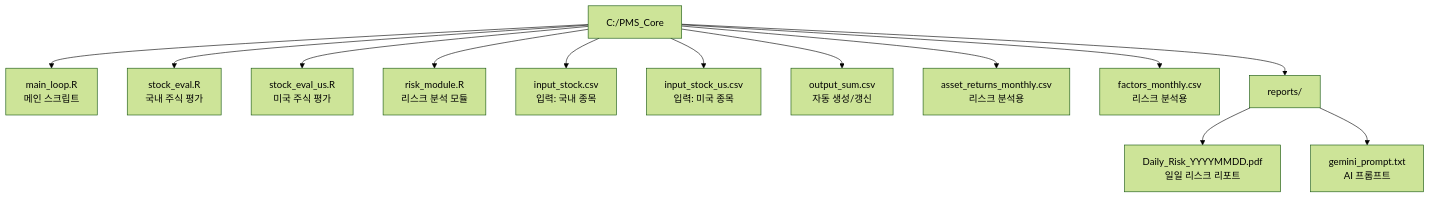
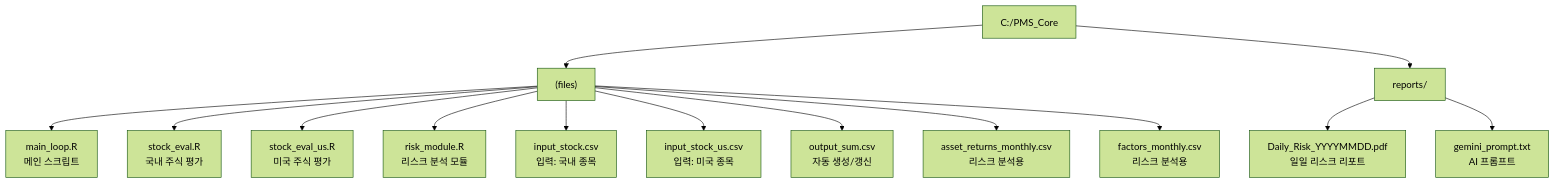
The third of 3 diagrams in book/Part2.md (shbang-cmd/PMS_Core), drawn with Mermaid (forest theme) before and after one commit. The commit also changed other lines of this file, not shown here.

Commit message:
Remove flowchart and portfolio analysis text
Removed a mermaid flowchart and some explanatory text regarding portfolio performance and Sharpe ratio.

````diff
--- a/book/Part2.md
+++ b/book/Part2.md
@@ -922,18 +896,21 @@
 ```mermaid
 flowchart TB
-  ROOT["C:/PMS_Core"] --> M["main_loop.R<br/>메인 스크립트"]
-  ROOT --> S1["stock_eval.R<br/>국내 주식 평가"]
-  ROOT --> S2["stock_eval_us.R<br/>미국 주식 평가"]
-  ROOT --> R1["risk_module.R<br/>리스크 분석 모듈"]
+  ROOT["C:/PMS_Core"] --> FILES["(files)"]
+  ROOT --> REPORTS["reports/"]
 
-  ROOT --> I1["input_stock.csv<br/>입력: 국내 종목"]
-  ROOT --> I2["input_stock_us.csv<br/>입력: 미국 종목"]
+  FILES --> F1["main_loop.R<br/>메인 스크립트"]
+  FILES --> F2["stock_eval.R<br/>국내 주식 평가"]
+  FILES --> F3["stock_eval_us.R<br/>미국 주식 평가"]
+  FILES --> F4["risk_module.R<br/>리스크 분석 모듈"]
 
-  ROOT --> O1["output_sum.csv<br/>자동 생성/갱신"]
-  ROOT --> O2["asset_returns_monthly.csv<br/>리스크 분석용"]
-  ROOT --> O3["factors_monthly.csv<br/>리스크 분석용"]
+  FILES --> F5["input_stock.csv<br/>입력: 국내 종목"]
+  FILES --> F6["input_stock_us.csv<br/>입력: 미국 종목"]
 
-  ROOT --> REP["reports/"]
-  REP --> P1["Daily_Risk_YYYYMMDD.pdf<br/>일일 리스크 리포트"]
-  REP --> P2["gemini_prompt.txt<br/>AI 프롬프트"]
+  FILES --> F7["output_sum.csv<br/>자동 생성/갱신"]
+  FILES --> F8["asset_returns_monthly.csv<br/>리스크 분석용"]
+  FILES --> F9["factors_monthly.csv<br/>리스크 분석용"]
+
+  REPORTS --> R1["Daily_Risk_YYYYMMDD.pdf<br/>일일 리스크 리포트"]
+  REPORTS --> R2["gemini_prompt.txt<br/>AI 프롬프트"]
+
 ```
````
